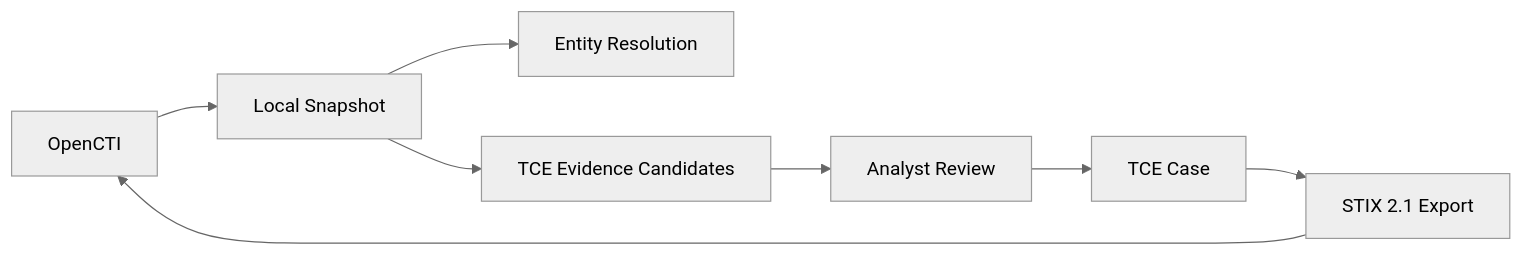
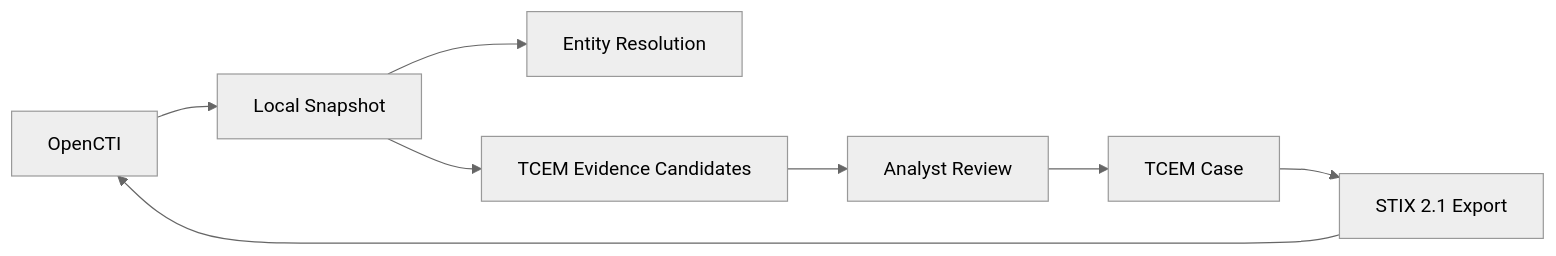
One commit to Ridd1kulusC0d3r/Cyber-Threat-Context-Modeling changed the diagram in docs/opencti-sync.md. Above: the diagram before and after it, drawn with Mermaid (neutral theme). The commit also changed other lines of this file, not shown here.

Commit message:
docs: refactor opencti-sync.md for TCEM

```diff
--- a/docs/opencti-sync.md
+++ b/docs/opencti-sync.md
@@ -5,10 +5,10 @@
 ~~~mermaid
 flowchart LR
     O[OpenCTI] --> S[Local Snapshot]
     S --> R[Entity Resolution]
-    S --> E[TCE Evidence Candidates]
+    S --> E[TCEM Evidence Candidates]
     E --> A[Analyst Review]
-    A --> C[TCE Case]
+    A --> C[TCEM Case]
     C --> STIX[STIX 2.1 Export]
     STIX --> O
 ~~~
```
